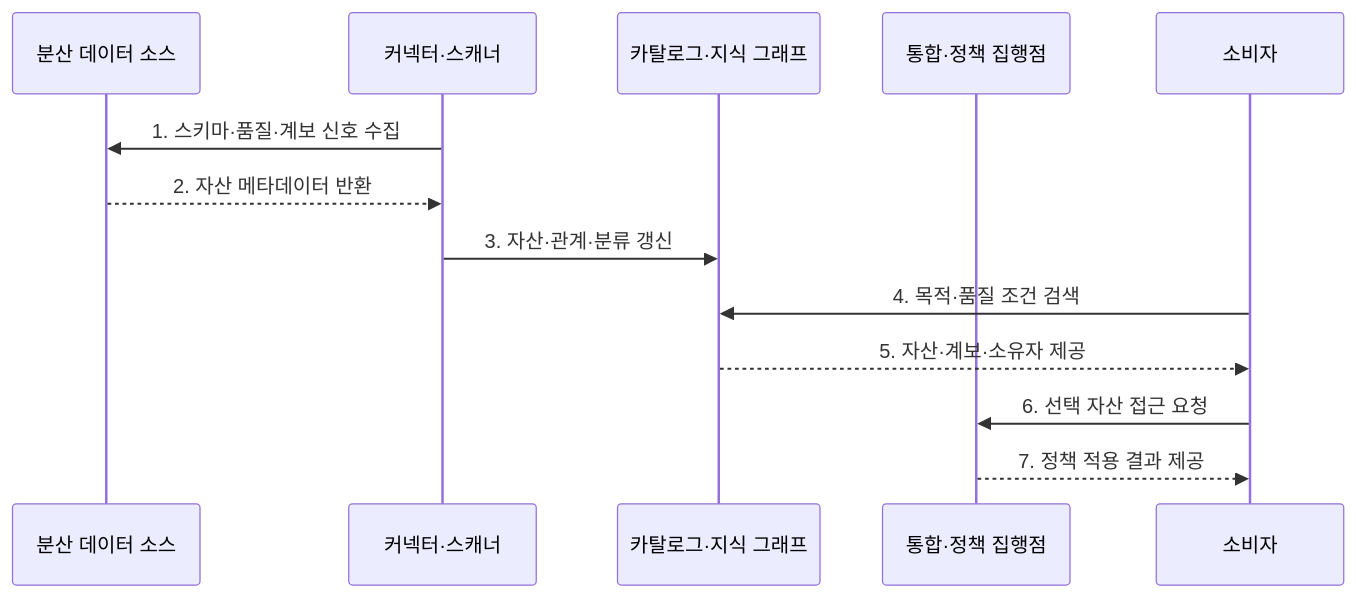
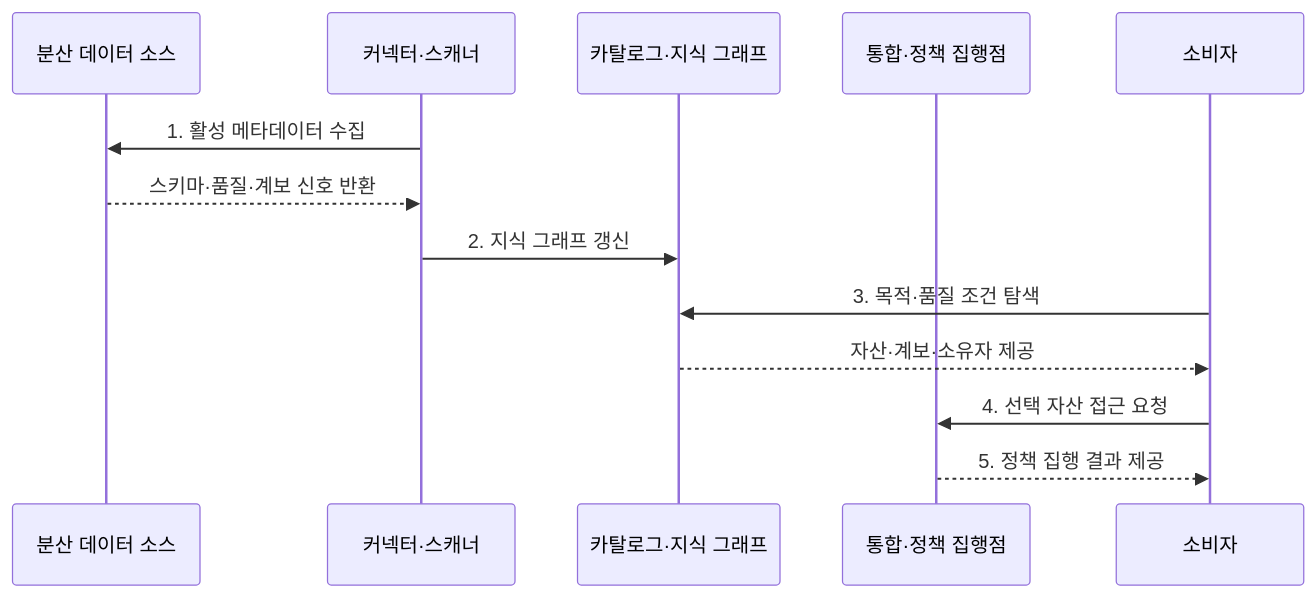
Before and after one commit to agnusdei1207/knowledge-base: the second of 2 diagrams in src/content/docs/notes/03-software/132_data_fabric.md, drawn with Mermaid. The commit also changed other lines of this file and 238 other files, not shown here.

````diff
--- a/src/content/docs/notes/03-software/132_data_fabric.md
+++ b/src/content/docs/notes/03-software/132_data_fabric.md
@@ -79,15 +79,15 @@
 ```mermaid
 sequenceDiagram
     participant S as 분산 데이터 소스
     participant C as 커넥터·스캐너
     participant K as 카탈로그·지식 그래프
     participant E as 통합·정책 집행점
     participant U as 소비자
-    C->>S: 1. 스키마·품질·계보 신호 수집
-    S-->>C: 2. 자산 메타데이터 반환
-    C->>K: 3. 자산·관계·분류 갱신
-    U->>K: 4. 목적·품질 조건 검색
-    K-->>U: 5. 자산·계보·소유자 제공
-    U->>E: 6. 선택 자산 접근 요청
-    E-->>U: 7. 정책 적용 결과 제공
+    C->>S: 1. 활성 메타데이터 수집
+    S-->>C: 스키마·품질·계보 신호 반환
+    C->>K: 2. 지식 그래프 갱신
+    U->>K: 3. 목적·품질 조건 탐색
+    K-->>U: 자산·계보·소유자 제공
+    U->>E: 4. 선택 자산 접근 요청
+    E-->>U: 5. 정책 집행 결과 제공
 ```
````
